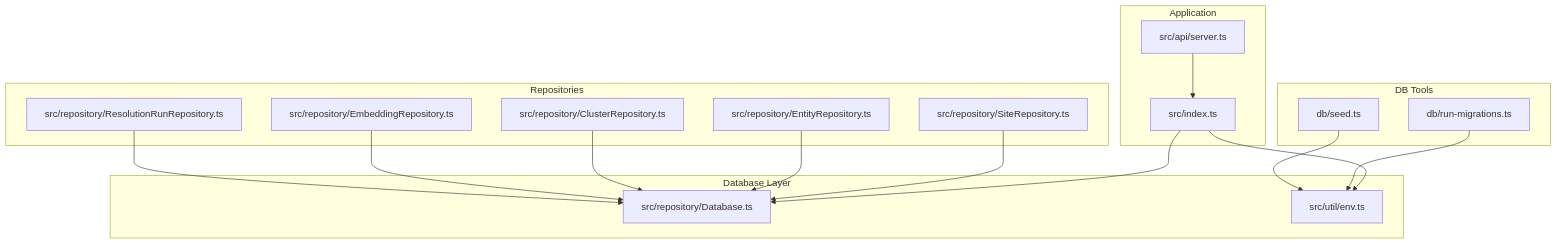
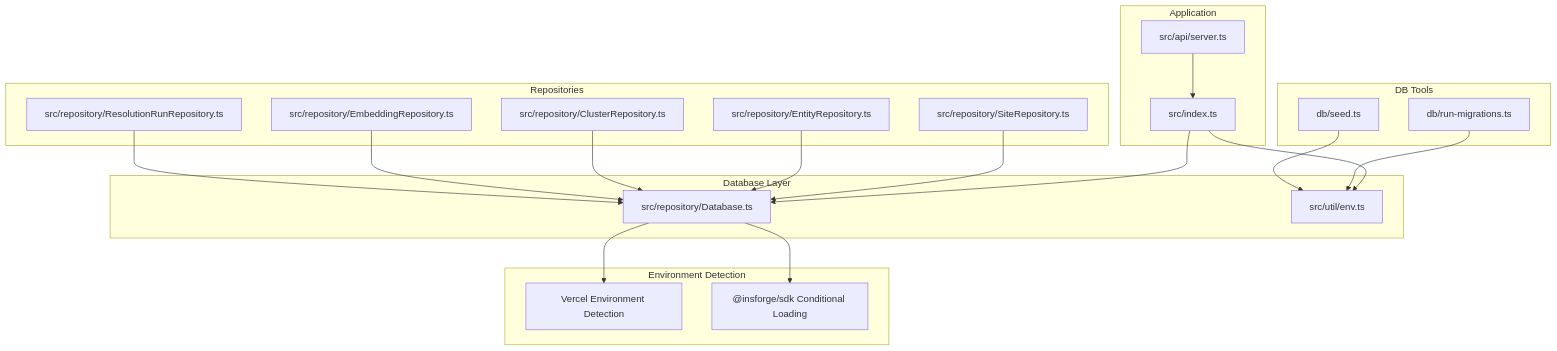
Before and after one commit to vishnusaibhosekar/ares: the first of 6 diagrams in .qoder/repowiki/en/content/Repository Layer/Database Abstraction.md, drawn with Mermaid. The commit also changed other lines of this file and 6 other files, not shown here.

````diff
--- a/.qoder/repowiki/en/content/Repository Layer/Database Abstraction.md
+++ b/.qoder/repowiki/en/content/Repository Layer/Database Abstraction.md
@@ -44,32 +51,38 @@
 ```mermaid
 graph TB
 subgraph "Application"
 IDX["src/index.ts"]
 SRV["src/api/server.ts"]
 end
 subgraph "Database Layer"
 DB["src/repository/Database.ts"]
 ENV["src/util/env.ts"]
 end
 subgraph "Repositories"
 SRepo["src/repository/SiteRepository.ts"]
 ERepo["src/repository/EntityRepository.ts"]
 CRepo["src/repository/ClusterRepository.ts"]
 EmbRepo["src/repository/EmbeddingRepository.ts"]
 RRRepo["src/repository/ResolutionRunRepository.ts"]
 end
 subgraph "DB Tools"
 MIG["db/run-migrations.ts"]
 SEED["db/seed.ts"]
 end
+subgraph "Environment Detection"
+VERCEL["Vercel Environment Detection"]
+SDK["@insforge/sdk Conditional Loading"]
+end
 IDX --> DB
 IDX --> ENV
 SRV --> IDX
 SRepo --> DB
 ERepo --> DB
 CRepo --> DB
 EmbRepo --> DB
 RRRepo --> DB
+DB --> VERCEL
+DB --> SDK
 MIG --> ENV
 SEED --> ENV
 ```
````
